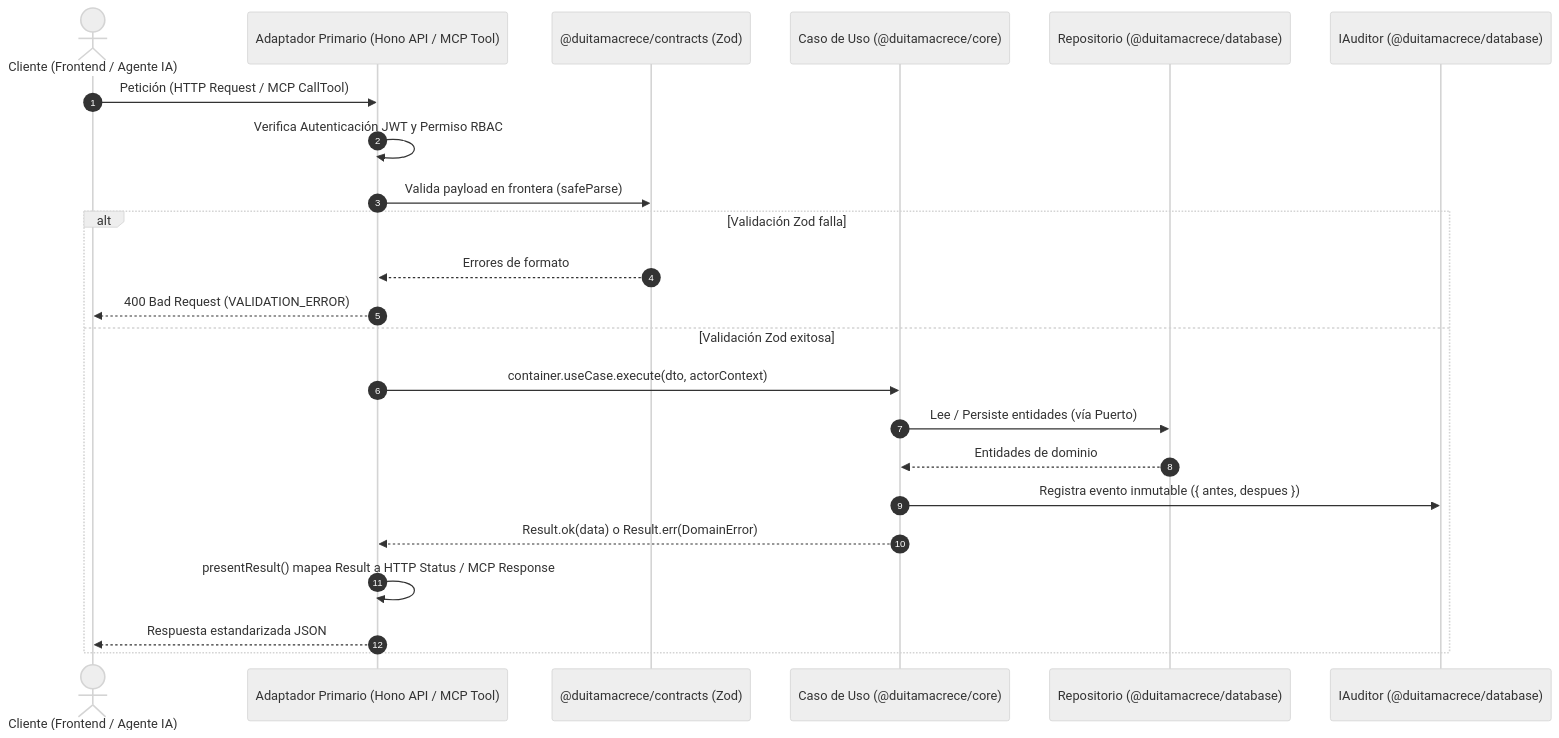
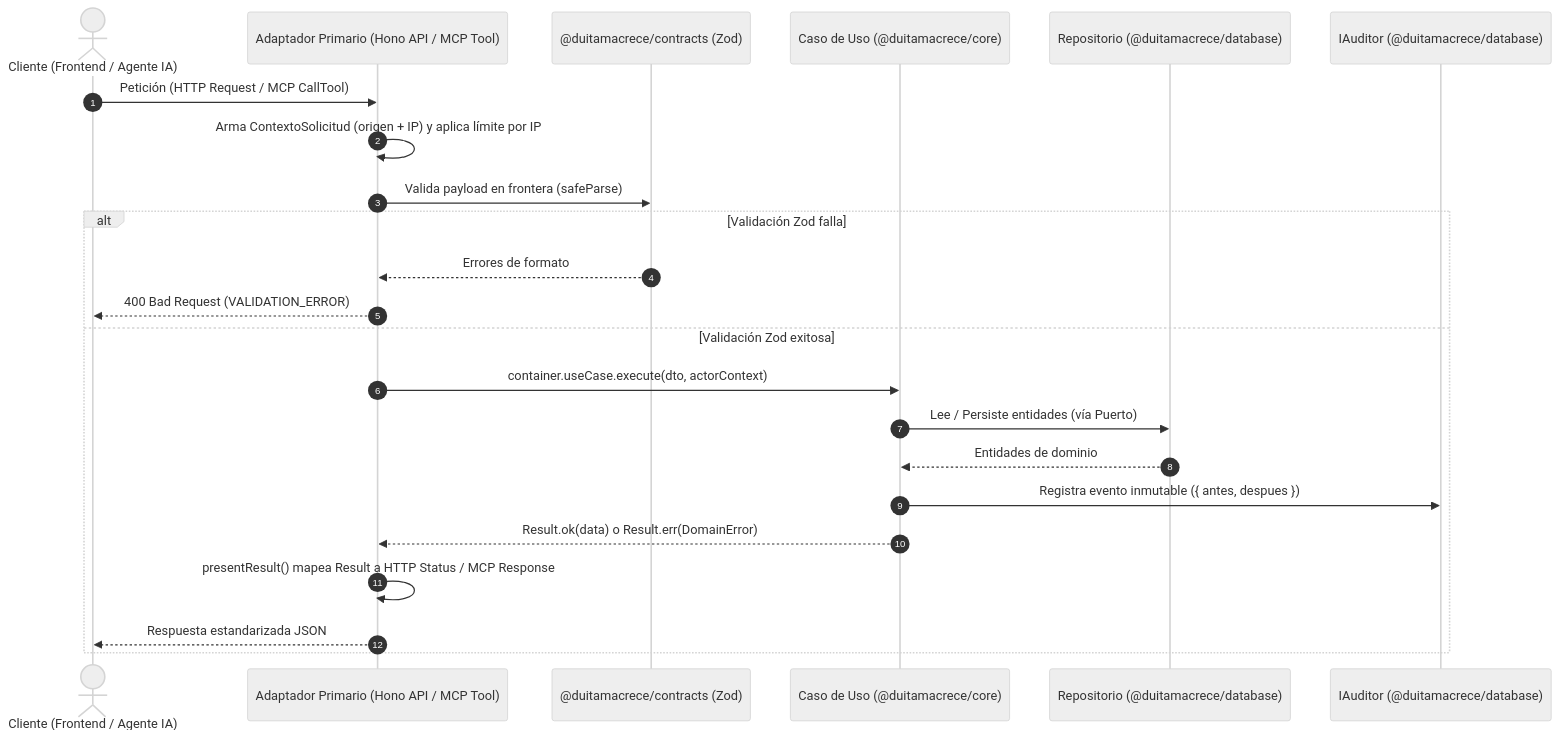
One commit to castillograndasantiagoeduardo-design/AgroCore changed the second of 2 diagrams in context/rules_architecture.md. Above: the diagram before and after it, drawn with Mermaid (neutral theme). The commit also changed other lines of this file and 100 other files, not shown here.

Commit message:
fase 0.5: quitar login, JWT y roles; API y MCP abiertos con auditoría por origen

````diff
--- a/context/rules_architecture.md
+++ b/context/rules_architecture.md
@@ -61,26 +61,26 @@
 ```mermaid
 sequenceDiagram
     autonumber
     actor Cliente as Cliente (Frontend / Agente IA)
     participant Entry as Adaptador Primario (Hono API / MCP Tool)
     participant Zod as @duitamacrece/contracts (Zod)
     participant UC as Caso de Uso (@duitamacrece/core)
     participant Repo as Repositorio (@duitamacrece/database)
     participant Audit as IAuditor (@duitamacrece/database)
 
     Cliente->>Entry: Petición (HTTP Request / MCP CallTool)
-    Entry->>Entry: Verifica Autenticación JWT y Permiso RBAC
+    Entry->>Entry: Arma ContextoSolicitud (origen + IP) y aplica límite por IP
     Entry->>Zod: Valida payload en frontera (safeParse)
     alt Validación Zod falla
         Zod-->>Entry: Errores de formato
         Entry-->>Cliente: 400 Bad Request (VALIDATION_ERROR)
     else Validación Zod exitosa
         Entry->>UC: container.useCase.execute(dto, actorContext)
         UC->>Repo: Lee / Persiste entidades (vía Puerto)
         Repo-->>UC: Entidades de dominio
         UC->>Audit: Registra evento inmutable ({ antes, despues })
         UC-->>Entry: Result.ok(data) o Result.err(DomainError)
         Entry->>Entry: presentResult() mapea Result a HTTP Status / MCP Response
         Entry-->>Cliente: Respuesta estandarizada JSON
     end
 ```
````
